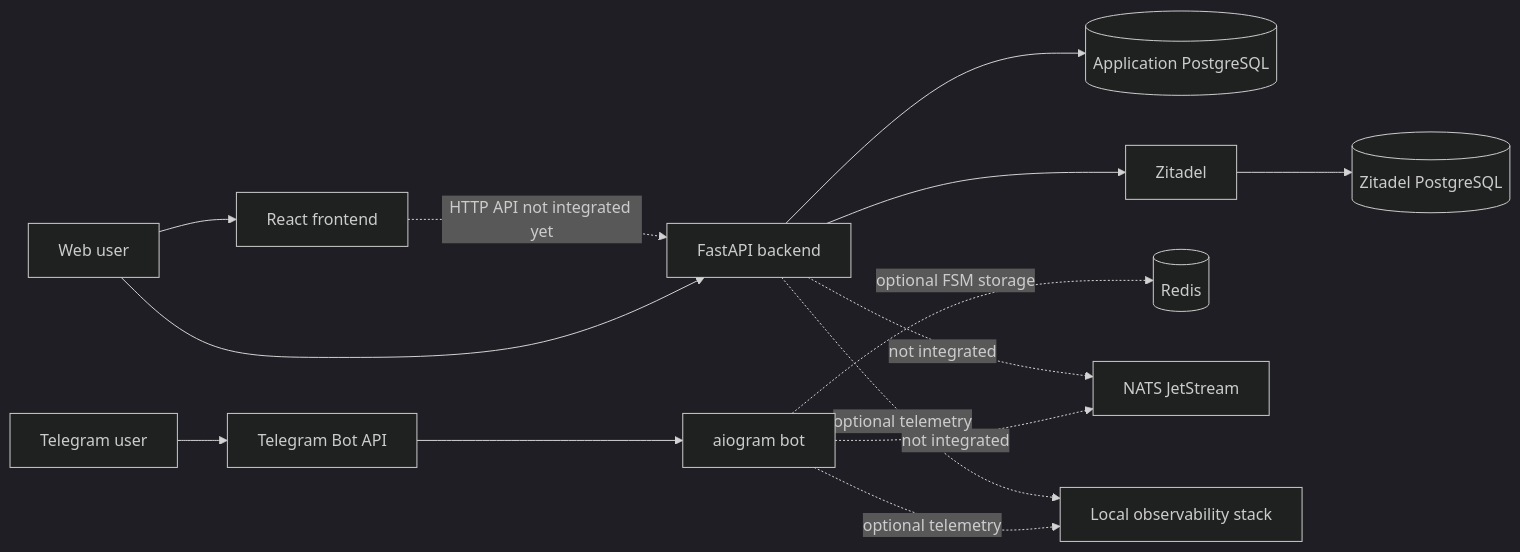
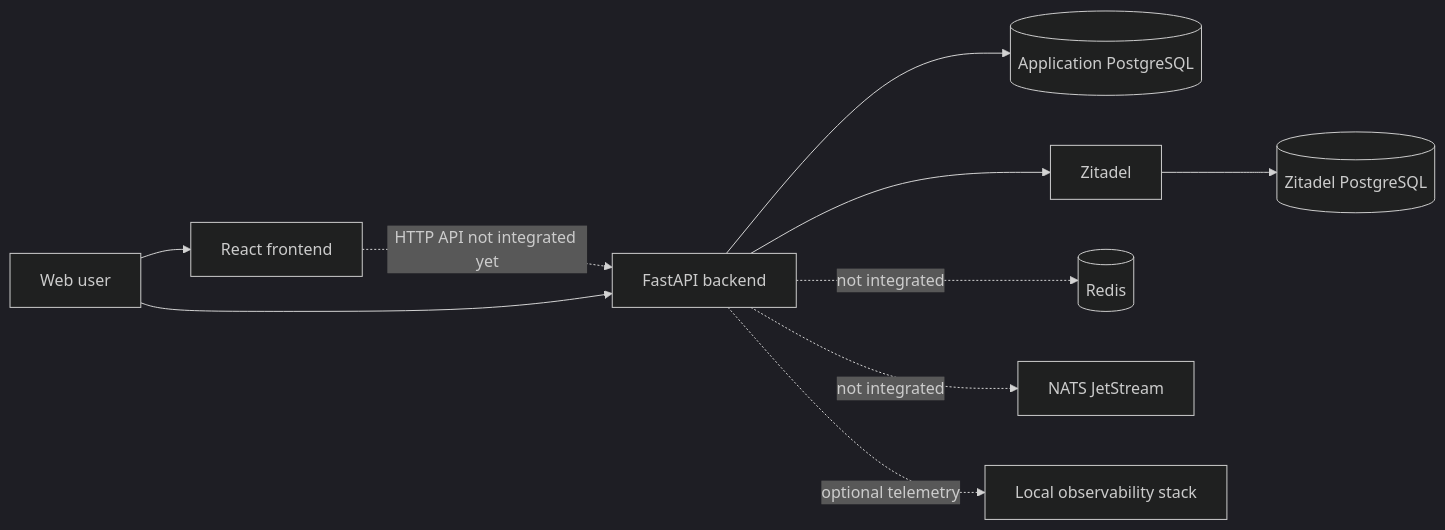
Before and after one commit to dzhalaevd/Donatello: the diagram in ARCHITECTURE.md, drawn with Mermaid (dark theme). The commit also changed other lines of this file and 69 other files, not shown here.

````diff
--- a/ARCHITECTURE.md
+++ b/ARCHITECTURE.md
@@ -28,20 +26,15 @@
 ```mermaid
 flowchart LR
     browser["Web user"] --> front["React frontend"]
     front -. "HTTP API not integrated yet" .-> backend["FastAPI backend"]
     browser --> backend
 
-    tg_user["Telegram user"] --> telegram["Telegram Bot API"]
-    telegram --> tgbot["aiogram bot"]
-
     backend --> app_db[("Application PostgreSQL")]
     backend --> zitadel["Zitadel"]
     zitadel --> zitadel_db[("Zitadel PostgreSQL")]
 
-    tgbot -. "optional FSM storage" .-> redis[("Redis")]
+    backend -. "not integrated" .-> redis[("Redis")]
     backend -. "not integrated" .-> nats["NATS JetStream"]
-    tgbot -. "not integrated" .-> nats
 
     backend -. "optional telemetry" .-> observability["Local observability stack"]
-    tgbot -. "optional telemetry" .-> observability
 ```
````
